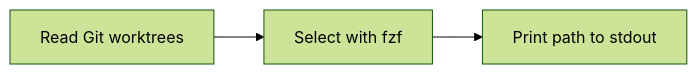
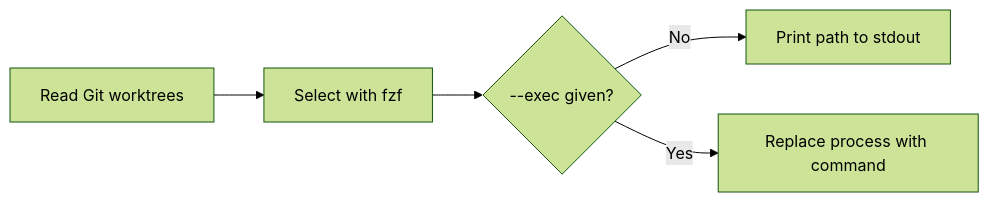
One commit to shoutcape/TreeMan changed the third of 4 diagrams in docs/architecture/lifecycles.md. Above: the diagram before and after it, drawn with Mermaid (forest theme). The commit also changed other lines of this file and 19 other files, not shown here.

````diff
--- a/docs/architecture/lifecycles.md
+++ b/docs/architecture/lifecycles.md
@@ -41,5 +43,7 @@
 ```mermaid
 flowchart LR
     A[Read Git worktrees] --> B[Select with fzf]
-    B --> C[Print path to stdout]
+    B --> C{--exec given?}
+    C -->|No| D[Print path to stdout]
+    C -->|Yes| E[Replace process with command]
 ```
````
